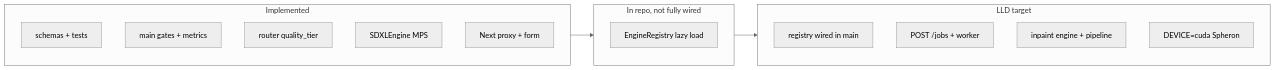
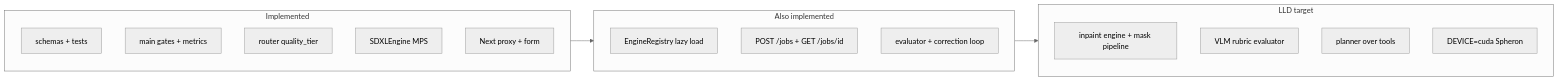
The ninth of 10 diagrams in LLD.md (kirank93611/vid-gen-sdxl-pipe), drawn with Mermaid (neutral theme) before and after one commit. The commit also changed other lines of this file and 24 other files, not shown here.

````diff
--- a/LLD.md
+++ b/LLD.md
@@ -337,24 +341,26 @@
 ```mermaid
 flowchart LR
     subgraph Done["Implemented"]
         D1[schemas + tests]
         D2[main gates + metrics]
         D3[router quality_tier]
         D4[SDXLEngine MPS]
         D5[Next proxy + form]
     end
 
-    subgraph InProgress["In repo, not fully wired"]
-        IP1[EngineRegistry lazy load]
+    subgraph Done2["Also implemented"]
+        D6[EngineRegistry lazy load]
+        D7[POST /jobs + GET /jobs/id]
+        D8[evaluator + correction loop]
     end
 
     subgraph Planned["LLD target"]
-        P1[registry wired in main]
-        P2[POST /jobs + worker]
-        P3[inpaint engine + pipeline]
+        P1[inpaint engine + mask pipeline]
+        P2[VLM rubric evaluator]
+        P3[planner over tools]
         P4[DEVICE=cuda Spheron]
     end
 
-    Done --> InProgress
-    InProgress --> Planned
+    Done --> Done2
+    Done2 --> Planned
 ```
````
